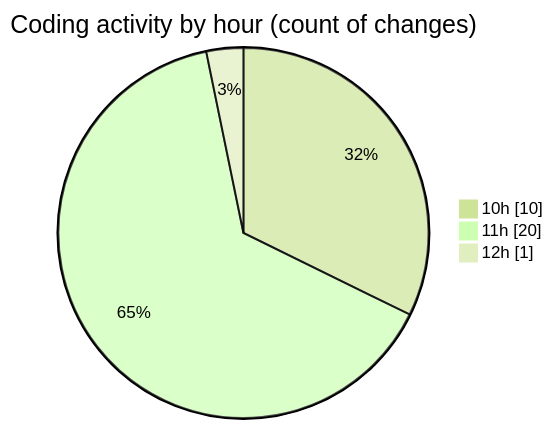
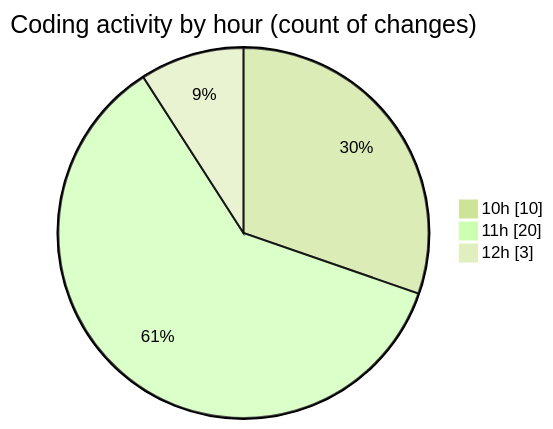
The second of 2 diagrams in 2025-03-31/jsvms/README.md (BS-eng2023/code-tracking), drawn with Mermaid (forest theme) before and after one commit. The commit also changed other lines of this file and 1 other file, not shown here.

````diff
--- a/2025-03-31/jsvms/README.md
+++ b/2025-03-31/jsvms/README.md
@@ -39,7 +40,7 @@
 ```mermaid
 pie showData
 title Coding activity by hour (count of changes)
 "10h" : 10
 "11h" : 20
-"12h" : 1
+"12h" : 3
 ```
````
